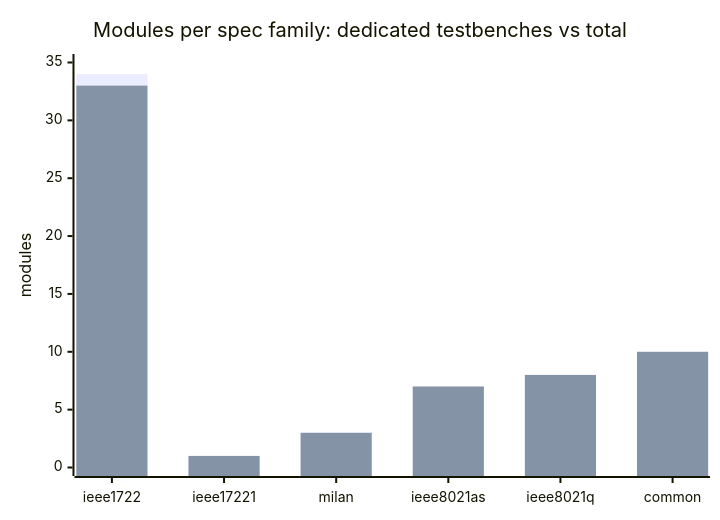
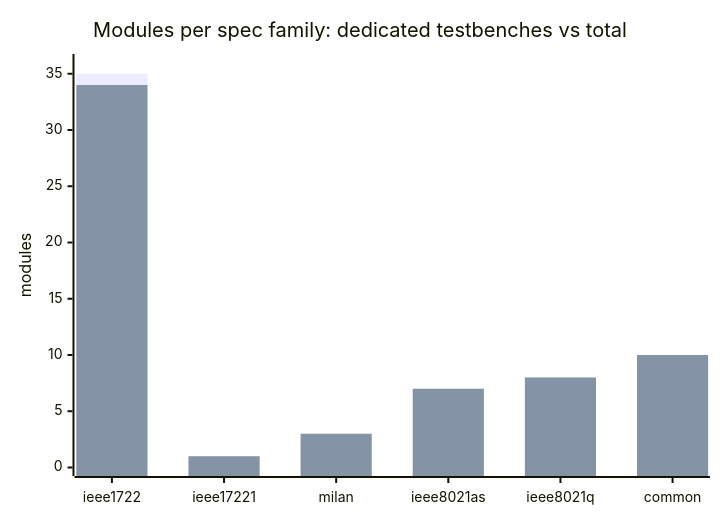
One commit to kebag-logic/milan-fpga changed the diagram in docs/traceability/MODULE_MATRIX.md. Above: the diagram before and after it, drawn with Mermaid. The commit also changed other lines of this file and 40 other files, not shown here.

````diff
--- a/docs/traceability/MODULE_MATRIX.md
+++ b/docs/traceability/MODULE_MATRIX.md
@@ -30,8 +30,8 @@
 ```mermaid
 xychart-beta
     title "Modules per spec family: dedicated testbenches vs total"
     x-axis ["ieee1722", "ieee17221", "milan", "ieee8021as", "ieee8021q", "common"]
-    y-axis "modules" 0 --> 35
+    y-axis "modules" 0 --> 36
+    bar [35, 1, 3, 7, 8, 10]
     bar [34, 1, 3, 7, 8, 10]
-    bar [33, 1, 3, 7, 8, 10]
 ```
````
